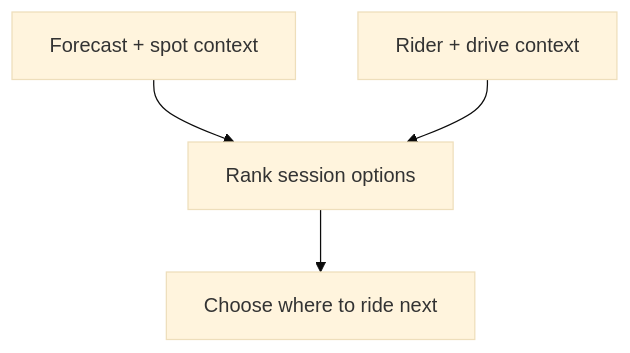
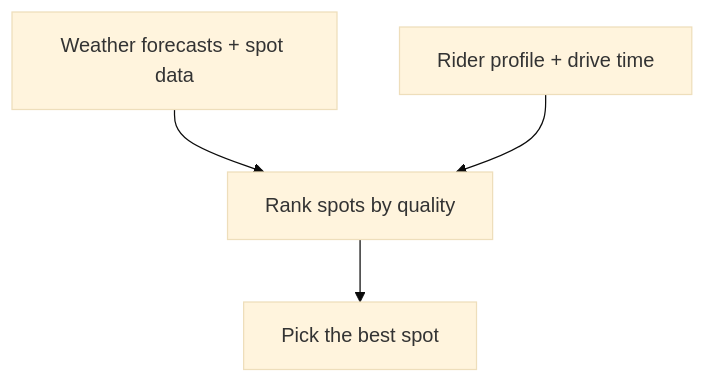
One commit to javihslu/foehncast changed the first of 2 diagrams in docs/site/index.md. Above: the diagram before and after it, drawn with Mermaid (base theme). The commit also changed other lines of this file and 6 other files, not shown here.

```diff
--- a/docs/site/index.md
+++ b/docs/site/index.md
@@ -7,6 +9,6 @@
 <div class="mermaid">
 flowchart TD
-    WX[Forecast + spot context] --> RANK[Rank session options]
-    RIDER[Rider + drive context] --> RANK
-    RANK --> DECIDE[Choose where to ride next]
+    WX[Weather forecasts + spot data] --> RANK[Rank spots by quality]
+    RIDER[Rider profile + drive time] --> RANK
+    RANK --> DECIDE[Pick the best spot]
 </div>
```
